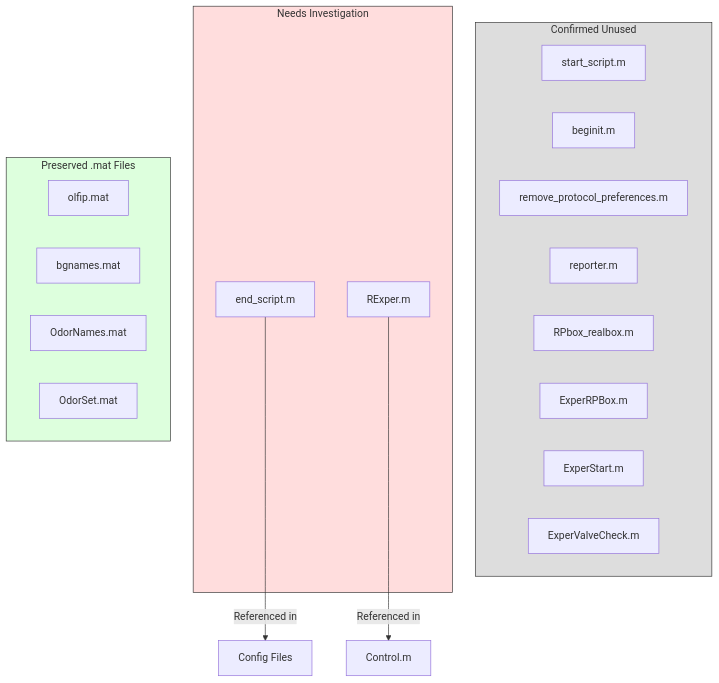
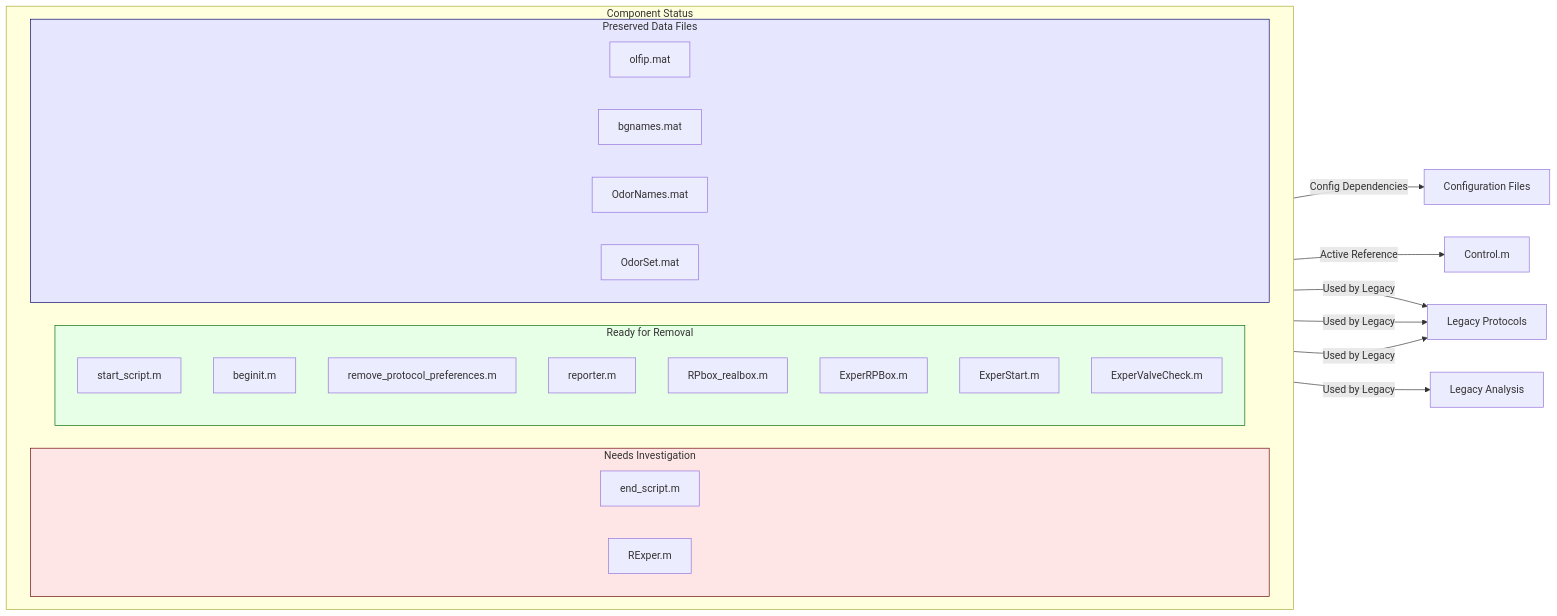
Before and after one commit to LIMLabSWC/ratter: the second of 2 diagrams in docs/architecture/legacy-architecture.md, drawn with Mermaid. The commit also changed other lines of this file and 1 other file, not shown here.

Commit message:
update architecture graphs

````diff
--- a/docs/architecture/legacy-architecture.md
+++ b/docs/architecture/legacy-architecture.md
@@ -48,32 +80,47 @@
 ```mermaid
-graph TD
-    subgraph Confirmed_Unused ["Confirmed Unused"]
-        SS[start_script.m]
-        BI[beginit.m]
-        RP[remove_protocol_preferences.m]
-        RE[reporter.m]
-        RB[RPbox_realbox.m]
-        ER[ExperRPBox.m]
-        ES1[ExperStart.m]
-        EV[ExperValveCheck.m]
-        style Confirmed_Unused fill:#ddd,stroke:#333
+graph LR
+    subgraph Current_Status ["Component Status"]
+        direction LR
+        subgraph Ready_Remove ["Ready for Removal"]
+            SS[start_script.m]
+            BI[beginit.m]
+            RP[remove_protocol_preferences.m]
+            RE1[reporter.m]
+            RB[RPbox_realbox.m]
+            ER[ExperRPBox.m]
+            ES1[ExperStart.m]
+            EV[ExperValveCheck.m]
+        end
+
+        subgraph Need_Review ["Needs Investigation"]
+            ES2[end_script.m]
+            RX[RExper.m]
+        end
+
+        subgraph Keep_Active ["Preserved Data Files"]
+            OF[olfip.mat]
+            BG[bgnames.mat]
+            ON[OdorNames.mat]
+            OS[OdorSet.mat]
+        end
     end
 
-    subgraph Under_Investigation ["Needs Investigation"]
-        ES2[end_script.m]
-        RX[RExper.m]
-        style Under_Investigation fill:#fdd,stroke:#333
-    end
+    %% Dependencies
+    ES2 --> |"Config Dependencies"| CF[Configuration Files]
+    RX --> |"Active Reference"| CT[Control.m]
+    
+    %% Data File Dependencies
+    OF --> |"Used by Legacy"| LP[Legacy Protocols]
+    BG --> |"Used by Legacy"| LA[Legacy Analysis]
+    ON --> |"Used by Legacy"| LP
+    OS --> |"Used by Legacy"| LP
 
-    subgraph Preserved_Data ["Preserved .mat Files"]
-        OF[olfip.mat]
-        BG[bgnames.mat]
-        ON[OdorNames.mat]
-        OS[OdorSet.mat]
-        style Preserved_Data fill:#dfd,stroke:#333
-    end
-
-    %% Show investigation relationships
-    ES2 -->|Referenced in| C[Config Files]
-    RX -->|Referenced in| CT[Control.m]
+    %% Style
+    classDef ready fill:#e6ffe6,stroke:#060,stroke-width:1px;
+    classDef review fill:#ffe6e6,stroke:#600,stroke-width:1px;
+    classDef keep fill:#e6e6ff,stroke:#006,stroke-width:1px;
+    
+    class Ready_Remove ready;
+    class Need_Review review;
+    class Keep_Active keep;
 ```
````
